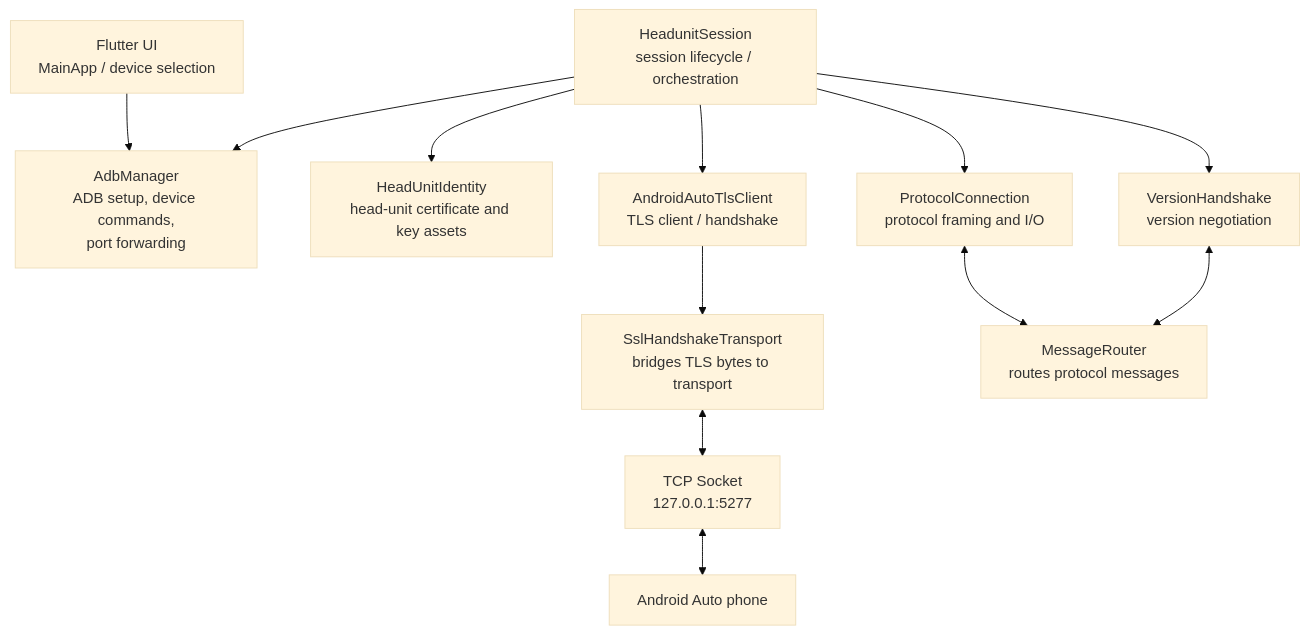
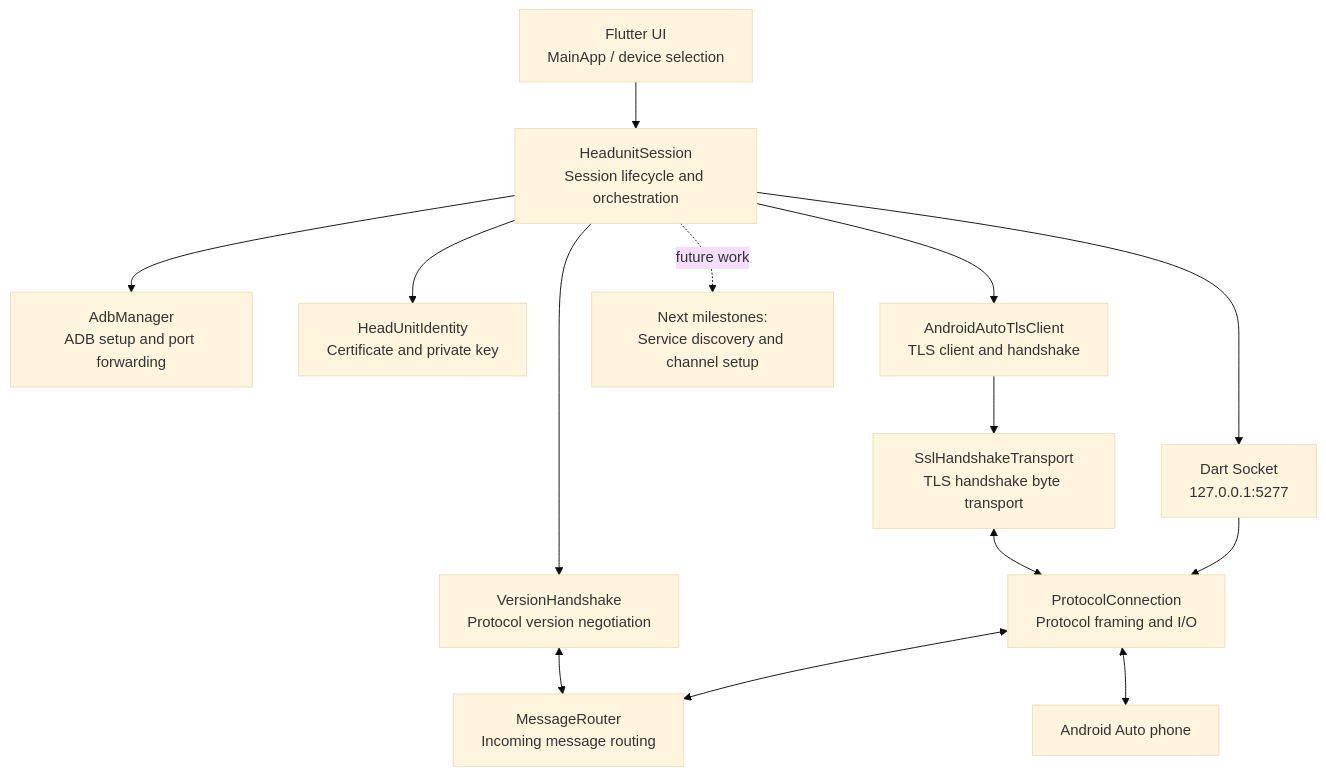
The first of 3 diagrams in flutter_auto/docs/flutterauto_architecture.md (lolrobbe2/FlutterAuto), drawn with Mermaid (base theme) before and after one commit. The commit also changed other lines of this file and 1 other file, not shown here.

````diff
--- a/flutter_auto/docs/flutterauto_architecture.md
+++ b/flutter_auto/docs/flutterauto_architecture.md
@@ -17,26 +11,30 @@
-``` mermaid
+```mermaid
 flowchart TB
     UI["Flutter UI<br/>MainApp / device selection"]
-    ADB["AdbManager<br/>ADB setup, device commands,<br/>port forwarding"]
-    SESSION["HeadunitSession<br/>session lifecycle / orchestration"]
-    IDENTITY["HeadUnitIdentity<br/>head-unit certificate and key assets"]
-    TLS["AndroidAutoTlsClient<br/>TLS client / handshake"]
-    TRANSPORT["SslHandshakeTransport<br/>bridges TLS bytes to transport"]
-    SOCKET["TCP Socket<br/>127.0.0.1:5277"]
-    CONN["ProtocolConnection<br/>protocol framing and I/O"]
-    ROUTER["MessageRouter<br/>routes protocol messages"]
-    VERSION["VersionHandshake<br/>version negotiation"]
+    SESSION["HeadunitSession<br/>Session lifecycle and orchestration"]
+    ADB["AdbManager<br/>ADB setup and port forwarding"]
+    IDENTITY["HeadUnitIdentity<br/>Certificate and private key"]
+    SOCKET["Dart Socket<br/>127.0.0.1:5277"]
+    PC["ProtocolConnection<br/>Protocol framing and I/O"]
+    ROUTER["MessageRouter<br/>Incoming message routing"]
+    VH["VersionHandshake<br/>Protocol version negotiation"]
+    TLS["AndroidAutoTlsClient<br/>TLS client and handshake"]
+    TRANSPORT["SslHandshakeTransport<br/>TLS handshake byte transport"]
     PHONE["Android Auto phone"]
 
-    UI --> ADB
+    UI --> SESSION
     SESSION --> ADB
     SESSION --> IDENTITY
+    SESSION --> SOCKET
+    SOCKET --> PC
+    PC <--> ROUTER
+    SESSION --> VH
+    VH <--> ROUTER
     SESSION --> TLS
     TLS --> TRANSPORT
-    TRANSPORT <--> SOCKET
-    SOCKET <--> PHONE
-    SESSION --> CONN
-    CONN <--> ROUTER
-    SESSION --> VERSION
-    VERSION <--> ROUTER
+    TRANSPORT <--> PC
+    PC <--> PHONE
+
+    NEXT["Next milestones:<br/>Service discovery and channel setup"]
+    SESSION -. future work .-> NEXT
 ```
````
